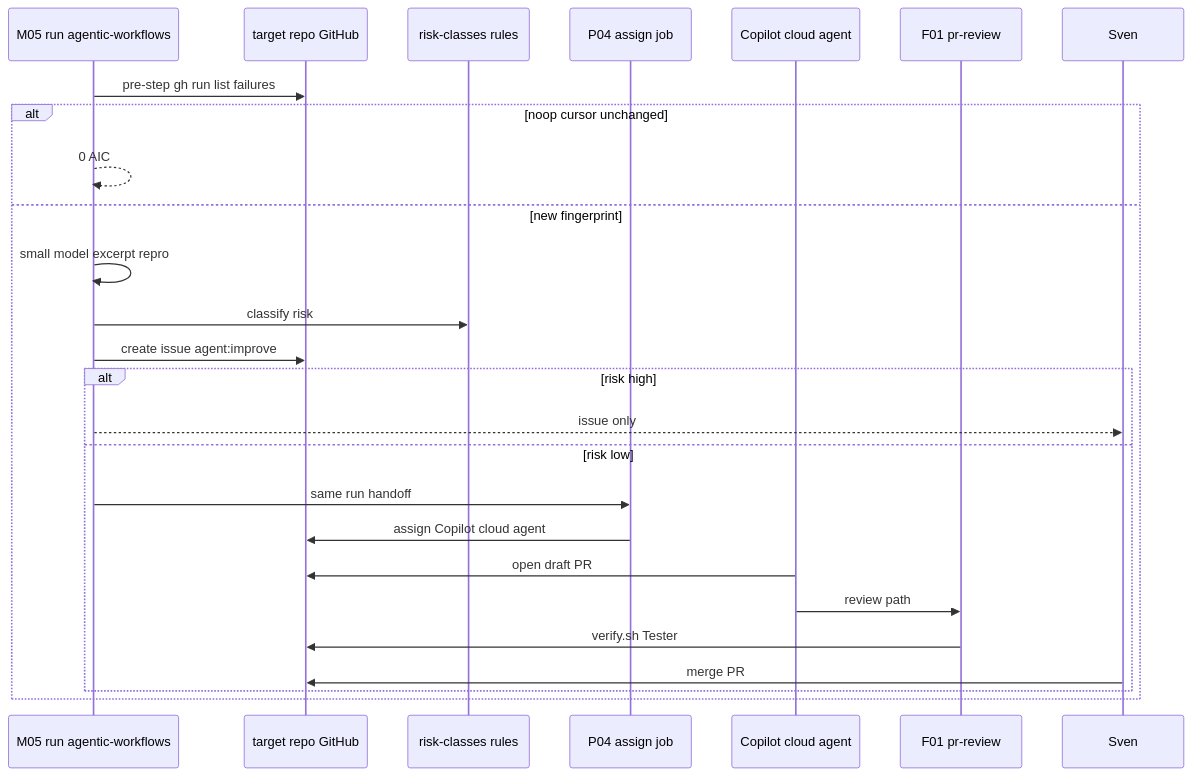
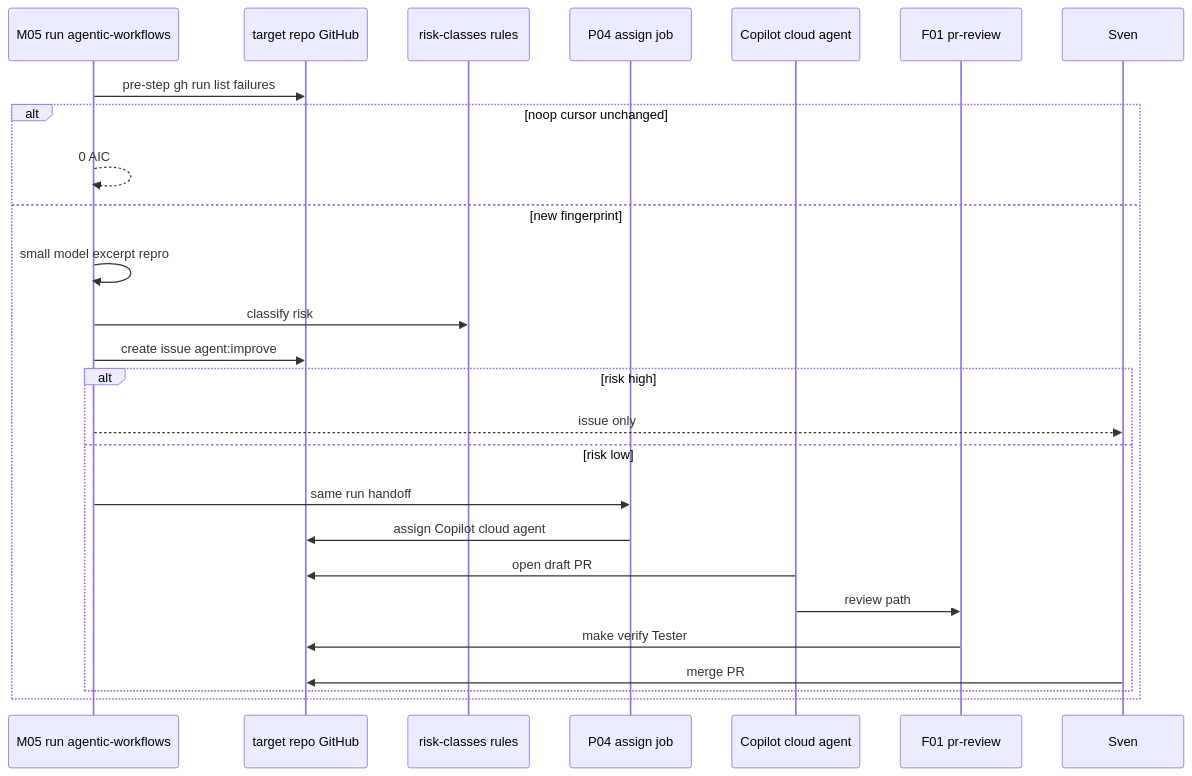
The second of 3 diagrams in docs/pbi/loops/LP00-improvement-loop.md (svennijhuis/agentic-workflows), drawn with Mermaid before and after one commit. The commit also changed other lines of this file and 986 other files, not shown here.

````diff
--- a/docs/pbi/loops/LP00-improvement-loop.md
+++ b/docs/pbi/loops/LP00-improvement-loop.md
@@ -113,28 +113,28 @@
 ```mermaid
 sequenceDiagram
   participant AW as M05 run agentic-workflows
   participant GH as target repo GitHub
   participant RC as risk-classes rules
   participant P04 as P04 assign job
   participant CA as Copilot cloud agent
   participant F01 as F01 pr-review
   participant Sven as Sven
   AW->>GH: pre-step gh run list failures
   alt noop cursor unchanged
     AW-->>AW: 0 AIC
   else new fingerprint
     AW->>AW: small model excerpt repro
     AW->>RC: classify risk
     AW->>GH: create issue agent:improve
     alt risk high
       AW-->>Sven: issue only
     else risk low
       AW->>P04: same run handoff
       P04->>GH: assign Copilot cloud agent
       CA->>GH: open draft PR
       CA->>F01: review path
-      F01->>GH: verify.sh Tester
+      F01->>GH: make verify Tester
       Sven->>GH: merge PR
     end
   end
 ```
````
